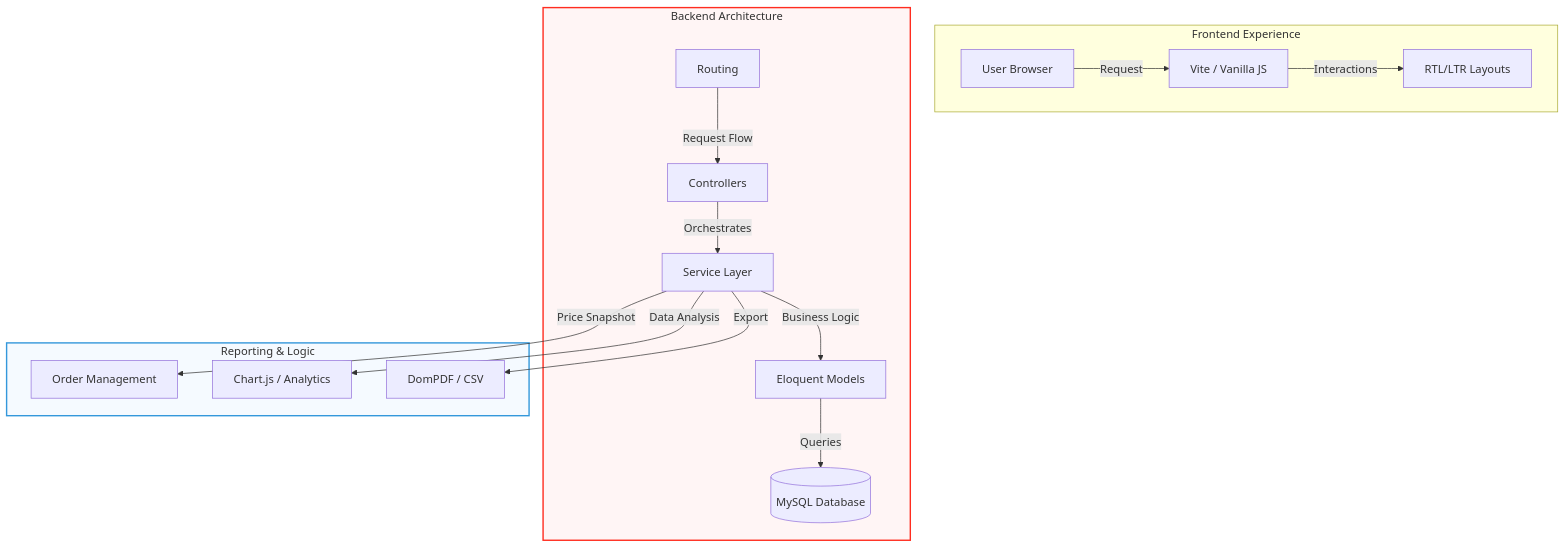
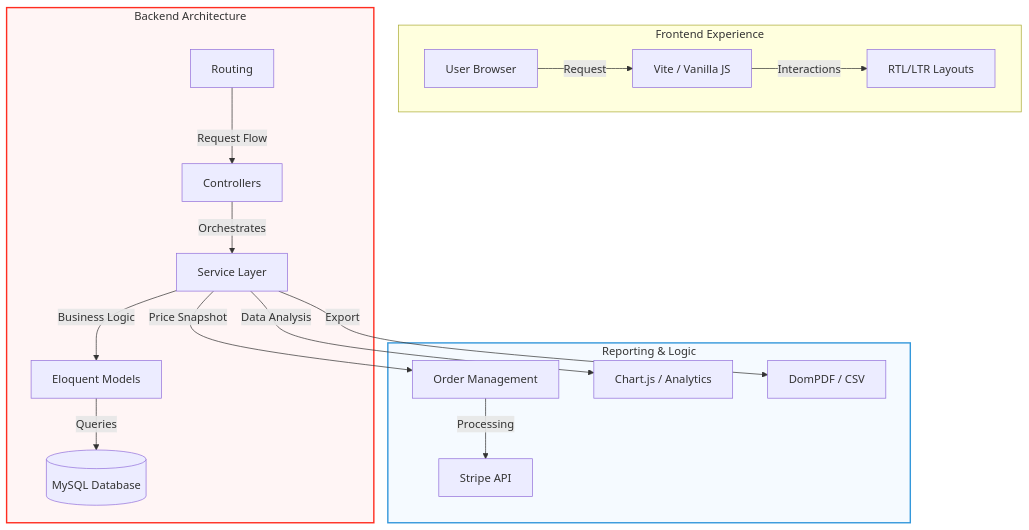
One commit to yassinds22/ecommerce-perfumes changed the diagram in README.md. Above: the diagram before and after it, drawn with Mermaid. The commit also changed other lines of this file, not shown here.

````diff
--- a/README.md
+++ b/README.md
@@ -18,23 +18,24 @@
 ```mermaid
 graph TD
     subgraph Client_Side [Frontend Experience]
         A[User Browser] -- Request --> B[Vite / Vanilla JS]
         B -- Interactions --> C[RTL/LTR Layouts]
     end
 
     subgraph Laravel_Core [Backend Architecture]
         D[Routing] -- Request Flow --> E[Controllers]
         E -- Orchestrates --> F[Service Layer]
         F -- Business Logic --> G[Eloquent Models]
         G -- Queries --> H[(MySQL Database)]
     end
 
     subgraph Business_Intelligence [Reporting & Logic]
         F -- Price Snapshot --> I[Order Management]
         F -- Data Analysis --> J[Chart.js / Analytics]
         F -- Export --> K[DomPDF / CSV]
+        I -- Processing --> L[Stripe API]
     end
 
     style Laravel_Core fill:#fff5f5,stroke:#ff2d20,stroke-width:2px
     style Business_Intelligence fill:#f5faff,stroke:#3498db,stroke-width:2px
 ```
````
